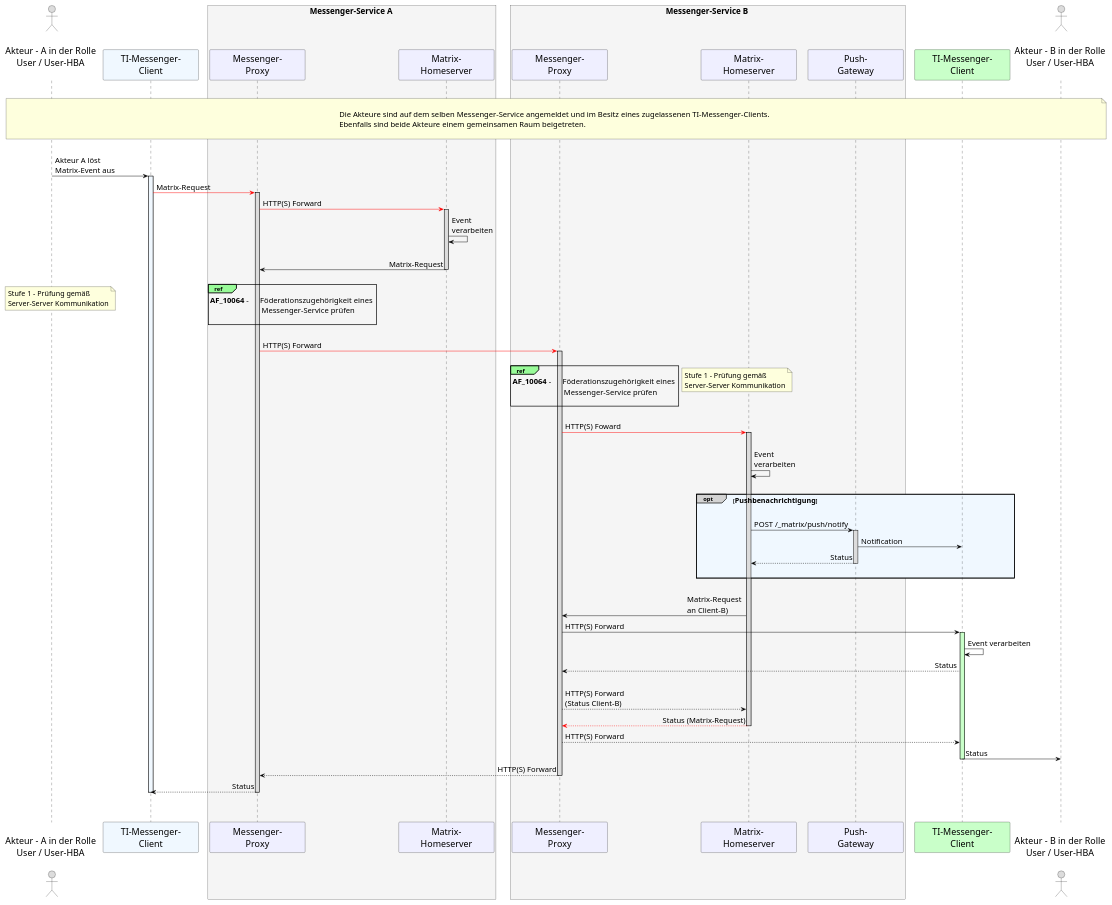
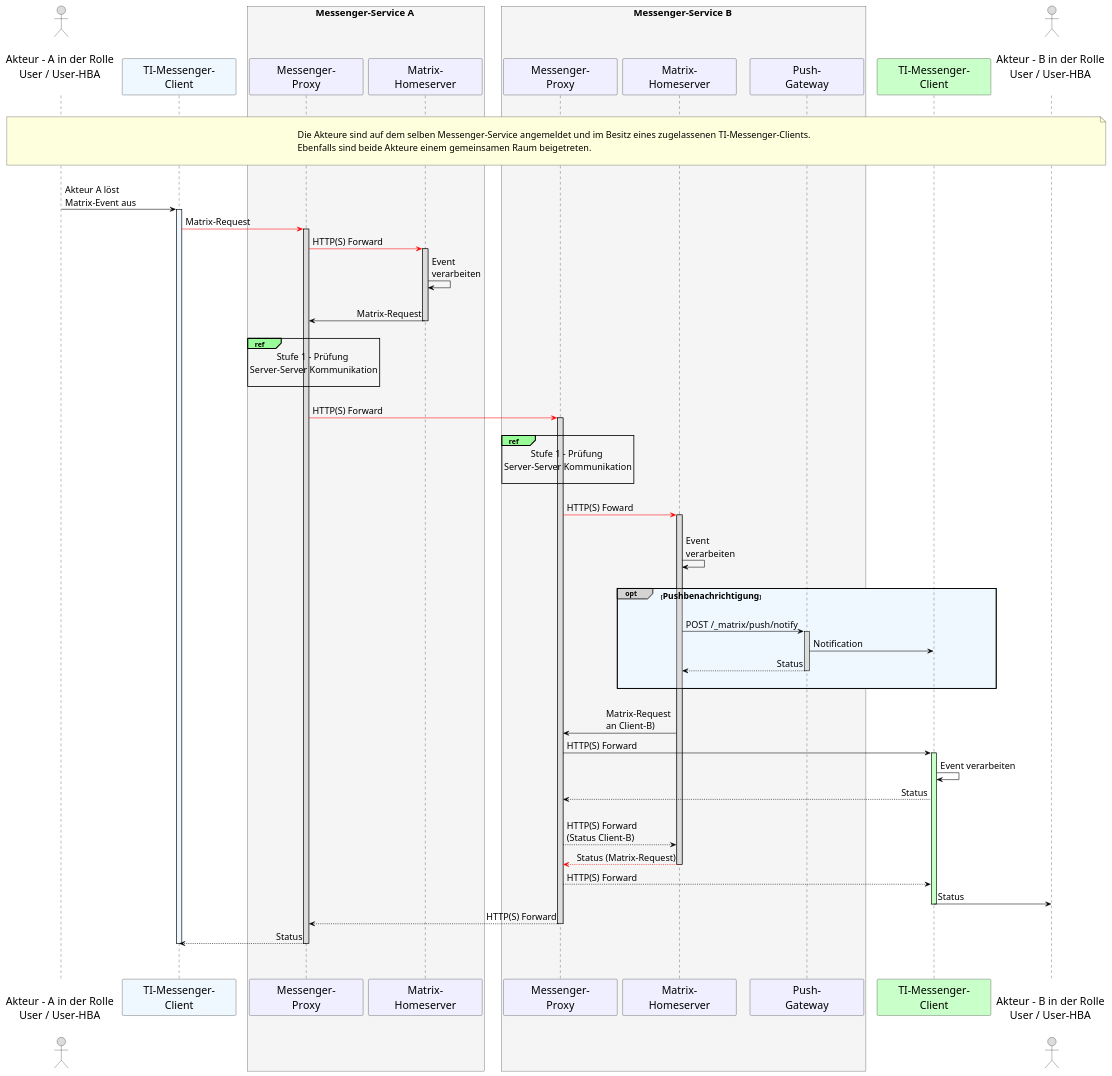
One commit to gematik/api-ti-messenger changed the diagram in src/plantuml/TI-Messenger-Dienst/Ressourcen/UC_10062_Seq.puml. Above: the diagram before and after it, drawn with PlantUML. The commit also changed 3 other files, not shown here.

```diff
--- a/src/plantuml/TI-Messenger-Dienst/Ressourcen/UC_10062_Seq.puml
+++ b/src/plantuml/TI-Messenger-Dienst/Ressourcen/UC_10062_Seq.puml
@@ -9,104 +9,102 @@
 @startuml
 skinparam sequenceMessageAlign direction
 skinparam minClassWidth 200
 skinparam BoxPadding 15
 skinparam sequenceReferenceHeaderBackgroundColor palegreen
 scale max 2048 width
 
 skinparam sequence {
 ArrowColor black
 ArrowFontSize 17
 ActorBorderColor black
 LifeLineBorderColor black
 LifeLineBackgroundColor Gainsboro
 
 ParticipantBorderColor Motivation
 ParticipantBackgroundColor Motivation
 ParticipantFontName Impact
 ParticipantFontSize 20
 ParticipantFontColor black
 ParticipantBorderColor Black
 ParticipantBackgroundColor MOTIVATION
 
 ActorBackgroundColor Gainsboro
 ActorFontColor black
 ActorFontSize 20
 ActorFontName Aapex
 }
     actor U1 as "\nAkteur - A in der Rolle\nUser / User-HBA\n"
     participant C1 as "TI-Messenger-\nClient" #AliceBlue
     box <size:18>Messenger-Service A</size> #WhiteSmoke
       participant MP1 as "Messenger-\nProxy"
       participant MH1 as "Matrix-\nHomeserver"
     end box
     box <size:18>Messenger-Service B</size> #WhiteSmoke
     participant MP2 as "Messenger-\nProxy"
     participant MH2 as "Matrix-\nHomeserver"
     participant PG2 as "Push-\nGateway"
     end box
     participant C2 as "TI-Messenger-\nClient" #TECHNOLOGY
     actor U2 as "\nAkteur - B in der Rolle\nUser / User-HBA\n"
     
 |||
 note over U1, U2: \n<size:17>Die Akteure sind auf dem selben Messenger-Service angemeldet und im Besitz eines zugelassenen TI-Messenger-Clients.</size>\n<size:17>Ebenfalls sind beide Akteure einem gemeinsamen Raum beigetreten.</size>\n
 |||
 
   U1->C1: Akteur A löst\nMatrix-Event aus
     activate C1 #AliceBlue
   C1-[#red]>MP1: Matrix-Request
     activate MP1
   MP1-[#red]>MH1: HTTP(S) Forward
     activate MH1
   MH1->MH1: Event \nverarbeiten
   |||
   MH1->MP1: Matrix-Request
     deactivate MH1
     |||
-    ref over MP1, MP1: <size:17>**AF_10064** - \tFöderationszugehörigkeit eines \n<size:17>        \tMessenger-Service prüfen</size>\n 
-    note left: <size:16>Stufe 1 - Prüfung gemäß </size>\n<size:16>Server-Server Kommunikation</size>
+    ref over MP1, MP1: <size:17>Stufe 1 - Prüfung \n<size:17>Server-Server Kommunikation</size>\n    
   |||  
   MP1-[#red]>MP2: HTTP(S) Forward
     activate MP2
   |||
-  ref over MP2, MP2: <size:17>**AF_10064** - \tFöderationszugehörigkeit eines \n<size:17>        \tMessenger-Service prüfen</size>\n 
-  note right: <size:16>Stufe 1 - Prüfung gemäß </size>\n<size:16>Server-Server Kommunikation</size>
+  ref over MP2, MP2: <size:17>Stufe 1 - Prüfung \n<size:17>Server-Server Kommunikation</size>\n 
   |||
   MP2-[#red]>MH2: HTTP(S) Foward
   |||
 
     activate MH2
   MH2->MH2: Event \nverarbeiten
   |||
  
   opt#LightGrey #AliceBlue <size:16>Pushbenachrichtigung</size>
   |||
     MH2->PG2: POST /_matrix/push/notify
       activate PG2
     PG2->C2: Notification
     PG2-->MH2: Status
       deactivate PG2
   |||
   end
   |||
 
   MH2->MP2: Matrix-Request \nan Client-B)
   MP2->C2: HTTP(S) Forward 
     activate C2 #TECHNOLOGY
   C2->C2: Event verarbeiten
 
   C2-->MP2: Status
   |||
   MP2-->MH2: HTTP(S) Forward \n(Status Client-B)
   MH2--[#red]>MP2: Status (Matrix-Request)
     deactivate MH2
   MP2-->C2: HTTP(S) Forward
   C2->U2: Status
     deactivate C2
   MP2-->MP1: HTTP(S) Forward
     deactivate MP2
   MP1-->C1: Status
     deactivate MP1
     deactivate C1
   |||
 |||
 @enduml
```
